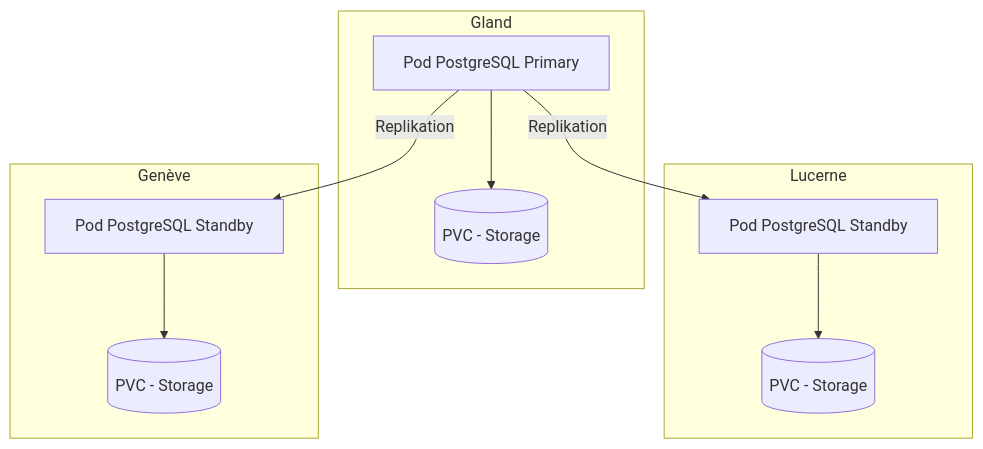
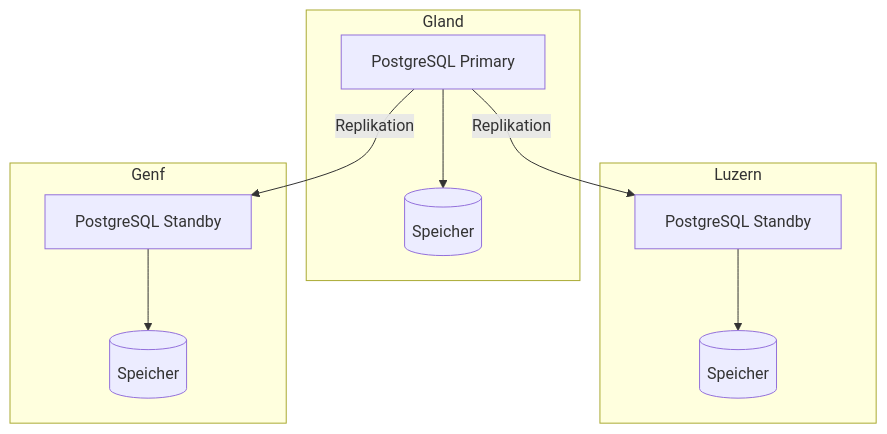
One commit to HidoraSwiss/hikube-public-doc changed the diagram in i18n/de/docusaurus-plugin-content-docs/current/services/databases/postgresql/overview.md. Above: the diagram before and after it, drawn with Mermaid. The commit also changed other lines of this file and 148 other files, not shown here.

````diff
--- a/i18n/de/docusaurus-plugin-content-docs/current/services/databases/postgresql/overview.md
+++ b/i18n/de/docusaurus-plugin-content-docs/current/services/databases/postgresql/overview.md
@@ -29,17 +31,17 @@
 ```mermaid
 graph TD
     subgraph Gland
-        P1[Pod PostgreSQL Primary] --> PVC1[(PVC - Storage)]
+        P1[PostgreSQL Primary] --> PVC1[(Speicher)]
     end
 
-    subgraph Lucerne
-        P2[Pod PostgreSQL Standby] --> PVC2[(PVC - Storage)]
+    subgraph Luzern
+        P2[PostgreSQL Standby] --> PVC2[(Speicher)]
     end
 
-    subgraph Genève
-        P3[Pod PostgreSQL Standby] --> PVC3[(PVC - Storage)]
+    subgraph Genf
+        P3[PostgreSQL Standby] --> PVC3[(Speicher)]
     end
 
     P1 -->|Replikation| P2
     P1 -->|Replikation| P3
 ```
````
